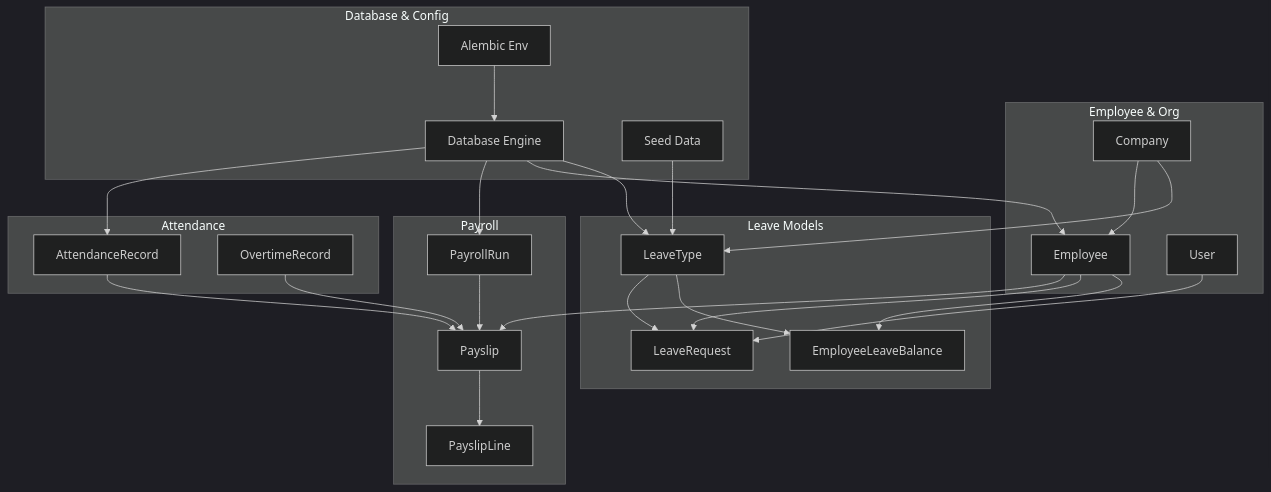
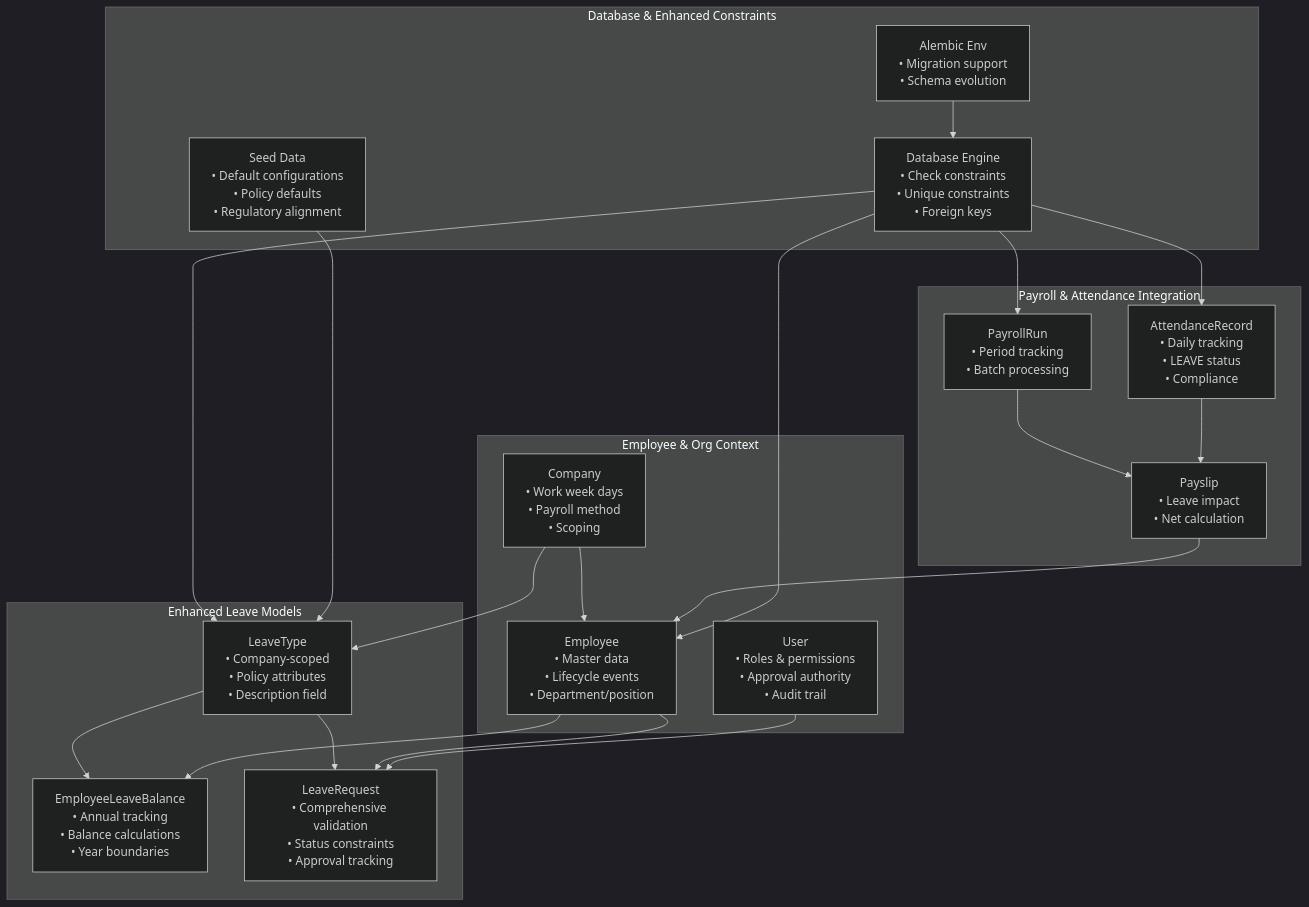
The first of 7 diagrams in .qoder/repowiki/en/content/Leave Management.md (bikinaplikasipakeqoder-dot/payroll-hris), drawn with Mermaid (dark theme) before and after one commit. The commit also changed other lines of this file and 22 other files, not shown here.

Commit message:
feat: show monthly attendance summary per employee with detail modal

````diff
--- a/.qoder/repowiki/en/content/Leave Management.md
+++ b/.qoder/repowiki/en/content/Leave Management.md
@@ -43,45 +52,39 @@
 ```mermaid
 graph TB
-subgraph "Leave Models"
-LT["LeaveType"]
-ELB["EmployeeLeaveBalance"]
-LR["LeaveRequest"]
+subgraph "Enhanced Leave Models"
+LT["LeaveType<br/>• Company-scoped<br/>• Policy attributes<br/>• Description field"]
+ELB["EmployeeLeaveBalance<br/>• Annual tracking<br/>• Balance calculations<br/>• Year boundaries"]
+LR["LeaveRequest<br/>• Comprehensive validation<br/>• Status constraints<br/>• Approval tracking"]
 end
-subgraph "Employee & Org"
-EMP["Employee"]
-CMP["Company"]
-USR["User"]
+subgraph "Employee & Org Context"
+EMP["Employee<br/>• Master data<br/>• Lifecycle events<br/>• Department/position"]
+CMP["Company<br/>• Work week days<br/>• Payroll method<br/>• Scoping"]
+USR["User<br/>• Roles & permissions<br/>• Approval authority<br/>• Audit trail"]
 end
-subgraph "Payroll"
-PR["PayrollRun"]
-PS["Payslip"]
-PSL["PayslipLine"]
+subgraph "Payroll & Attendance Integration"
+PR["PayrollRun<br/>• Period tracking<br/>• Batch processing"]
+PS["Payslip<br/>• Leave impact<br/>• Net calculation"]
+AR["AttendanceRecord<br/>• Daily tracking<br/>• LEAVE status<br/>• Compliance"]
 end
-subgraph "Attendance"
-AR["AttendanceRecord"]
-OT["OvertimeRecord"]
-end
-subgraph "Database & Config"
-DB["Database Engine"]
-ALEMBIC["Alembic Env"]
-SEED["Seed Data"]
+subgraph "Database & Enhanced Constraints"
+DB["Database Engine<br/>• Check constraints<br/>• Unique constraints<br/>• Foreign keys"]
+ALEMBIC["Alembic Env<br/>• Migration support<br/>• Schema evolution"]
+SEED["Seed Data<br/>• Default configurations<br/>• Policy defaults<br/>• Regulatory alignment"]
 end
 LT --> ELB
 LT --> LR
 EMP --> ELB
 EMP --> LR
 CMP --> LT
 CMP --> EMP
 USR --> LR
 PR --> PS
-PS --> PSL
-EMP --> PS
+PS --> EMP
 AR --> PS
-OT --> PS
 DB --> LT
 DB --> EMP
 DB --> PR
 DB --> AR
 ALEMBIC --> DB
 SEED --> LT
 ```
````
